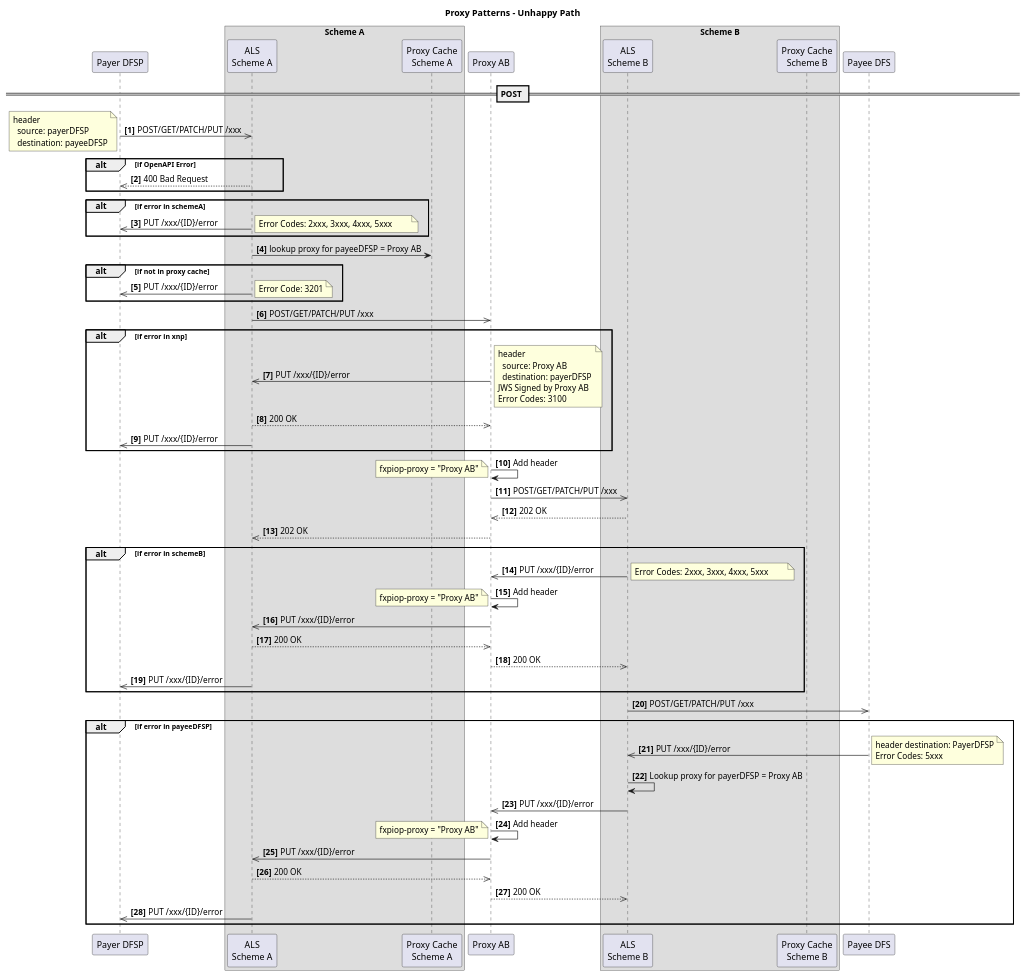
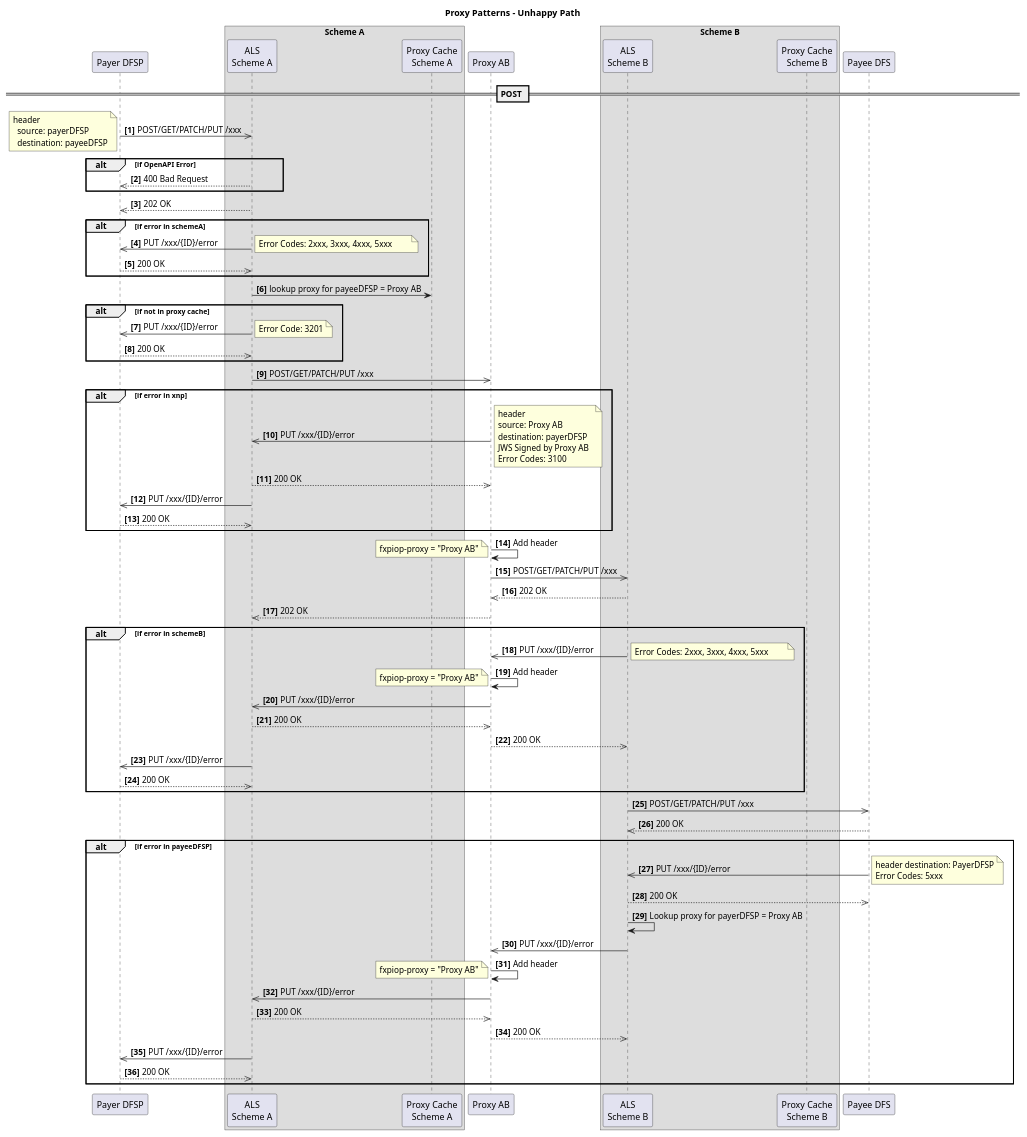
Before and after one commit to mojaloop/ml-inter-scheme-docs: the diagram in Design/Proxy pattern - Unhappy path.plantuml, drawn with PlantUML. The commit also changed 10 other files, not shown here.

Commit message:
added Get services design and http responses to existing diagrams

```diff
--- a/Design/Proxy pattern - Unhappy path.plantuml
+++ b/Design/Proxy pattern - Unhappy path.plantuml
@@ -1,103 +1,112 @@
 @startuml
 
 title Proxy Patterns - Unhappy Path 
 
 participant "Payer DFSP" as payerDFSP
 box "Scheme A"
     participant "ALS\nScheme A" as schemeA
     participant "Proxy Cache\nScheme A" as pc_A
 end box
 participant "Proxy AB" as xnp
 box "Scheme B"
     participant "ALS\nScheme B" as schemeB
     participant "Proxy Cache\nScheme B" as pc_B
 end box
 participant "Payee DFS" as payeeDFSP
 
 autonumber 1 "<b>[0]"
 
 == POST ==
 payerDFSP ->> schemeA: POST/GET/PATCH/PUT /xxx
 note left
 header 
   source: payerDFSP
   destination: payeeDFSP
 end note
+
 alt if OpenAPI Error 
     schemeA -->> payerDFSP: 400 Bad Request
 end
+schemeA-->>payerDFSP: 202 OK
 
     alt if error in schemeA
         schemeA ->> payerDFSP: PUT /xxx/{ID}/error
-note right
-Error Codes: 2xxx, 3xxx, 4xxx, 5xxx        
-end note
+        note right
+        Error Codes: 2xxx, 3xxx, 4xxx, 5xxx        
+        end note
+        payerDFSP -->> schemeA: 200 OK
     end
 
     schemeA -> pc_A: lookup proxy for payeeDFSP = Proxy AB
     alt if not in proxy cache
-      schemeA ->> payerDFSP: PUT /xxx/{ID}/error
-note right
-Error Code: 3201
-end note
+        schemeA ->> payerDFSP: PUT /xxx/{ID}/error
+        note right
+        Error Code: 3201
+        end note
+        payerDFSP -->> schemeA: 200 OK
     end
     schemeA ->> xnp: POST/GET/PATCH/PUT /xxx
     
     alt if error in xnp
         xnp ->> schemeA: PUT /xxx/{ID}/error
-note right
-header 
-  source: Proxy AB
-  destination: payerDFSP
-JWS Signed by Proxy AB  
-Error Codes: 3100
-end note
-    schemeA -->> xnp: 200 OK
+        note right
+        header 
+        source: Proxy AB
+        destination: payerDFSP
+        JWS Signed by Proxy AB  
+        Error Codes: 3100
+        end note
+        schemeA -->> xnp: 200 OK
         schemeA ->> payerDFSP: PUT /xxx/{ID}/error
+        payerDFSP -->> schemeA: 200 OK
     end
     
     xnp->xnp: Add header
     note left
     fxpiop-proxy = "Proxy AB"
     end note
 
     xnp ->> schemeB: POST/GET/PATCH/PUT /xxx
     schemeB -->> xnp: 202 OK
     xnp -->> schemeA: 202 OK
     
     alt if error in schemeB
-            schemeB ->> xnp: PUT /xxx/{ID}/error
-note right
-Error Codes: 2xxx, 3xxx, 4xxx, 5xxx        
-end note
-    xnp->xnp: Add header
-    note left
-    fxpiop-proxy = "Proxy AB"
-    end note
-            xnp ->> schemeA: PUT /xxx/{ID}/error
-    schemeA -->> xnp: 200 OK
-    xnp -->> schemeB: 200 OK
-            schemeA ->> payerDFSP: PUT /xxx/{ID}/error
+        schemeB ->> xnp: PUT /xxx/{ID}/error
+        note right
+        Error Codes: 2xxx, 3xxx, 4xxx, 5xxx        
+        end note
+        xnp->xnp: Add header
+        note left
+        fxpiop-proxy = "Proxy AB"
+        end note
+        xnp ->> schemeA: PUT /xxx/{ID}/error
+        schemeA -->> xnp: 200 OK
+        xnp -->> schemeB: 200 OK
+        schemeA ->> payerDFSP: PUT /xxx/{ID}/error
+        payerDFSP -->> schemeA: 200 OK
     end
     
     schemeB ->> payeeDFSP: POST/GET/PATCH/PUT /xxx
+    payeeDFSP -->> schemeB: 200 OK
     
     alt if error in payeeDFSP
         payeeDFSP->> schemeB: PUT /xxx/{ID}/error
-note right
-header destination: PayerDFSP
-Error Codes: 5xxx
-end note
-            schemeB -> schemeB: Lookup proxy for payerDFSP = Proxy AB
-            schemeB ->> xnp: PUT /xxx/{ID}/error
-    xnp->xnp: Add header
-    note left
-    fxpiop-proxy = "Proxy AB"
-    end note
-            xnp ->> schemeA: PUT /xxx/{ID}/error
-            schemeA -->> xnp: 200 OK
-            xnp -->> schemeB: 200 OK
-            schemeA ->> payerDFSP: PUT /xxx/{ID}/error
+        note right
+        header destination: PayerDFSP
+        Error Codes: 5xxx
+        end note
+        schemeB -->> payeeDFSP: 200 OK
+        schemeB -> schemeB: Lookup proxy for payerDFSP = Proxy AB
+        schemeB ->> xnp: PUT /xxx/{ID}/error
+        xnp->xnp: Add header
+        note left
+        fxpiop-proxy = "Proxy AB"
+        end note
+        xnp ->> schemeA: PUT /xxx/{ID}/error
+        schemeA -->> xnp: 200 OK
+        xnp -->> schemeB: 200 OK
+        schemeA ->> payerDFSP: PUT /xxx/{ID}/error
+        payerDFSP -->> schemeA: 200 OK
     end
 
 @enduml
```
